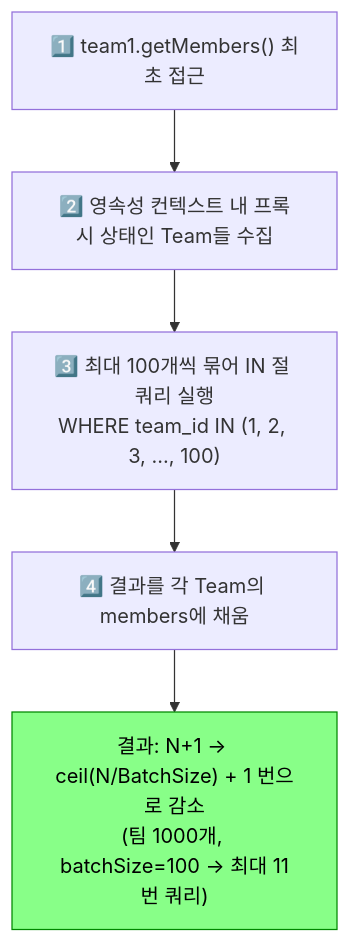
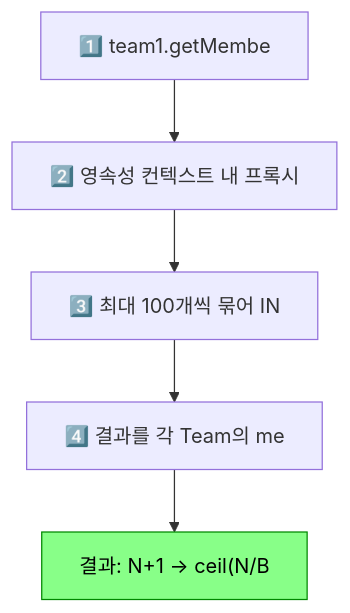
One commit to yjkim2015/yjkim2015.github.io changed the third of 6 diagrams in _posts/jpa/2026-05-01-jpa-n-plus-1.md. Above: the diagram before and after it, drawn with Mermaid. The commit also changed other lines of this file and 271 other files, not shown here.

First line of the commit message:
Mermaid 라벨 축소: 긴 노드 텍스트 18자 이하로 트림 + \n 제거

````diff
--- a/_posts/jpa/2026-05-01-jpa-n-plus-1.md
+++ b/_posts/jpa/2026-05-01-jpa-n-plus-1.md
@@ -279,10 +279,10 @@
 ```mermaid
 graph TD
-    ACC["1️⃣ team1.getMembers() 최초 접근"]
-    COL["2️⃣ 영속성 컨텍스트 내 프록시 상태인 Team들 수집"]
-    BATCH["3️⃣ 최대 100개씩 묶어 IN 절 쿼리 실행\nWHERE team_id IN (1, 2, 3, ..., 100)"]
-    FILL["4️⃣ 결과를 각 Team의 members에 채움"]
-    RES["결과: N+1 → ceil(N/BatchSize) + 1 번으로 감소\n(팀 1000개, batchSize=100 → 최대 11번 쿼리)"]
+    ACC["1️⃣ team1.getMembe"]
+    COL["2️⃣ 영속성 컨텍스트 내 프록시"]
+    BATCH["3️⃣ 최대 100개씩 묶어 IN"]
+    FILL["4️⃣ 결과를 각 Team의 me"]
+    RES["결과: N+1 → ceil(N/B"]
     style RES fill:#8f8,stroke:#080,color:#000
     ACC --> COL --> BATCH --> FILL --> RES
 ```
````
